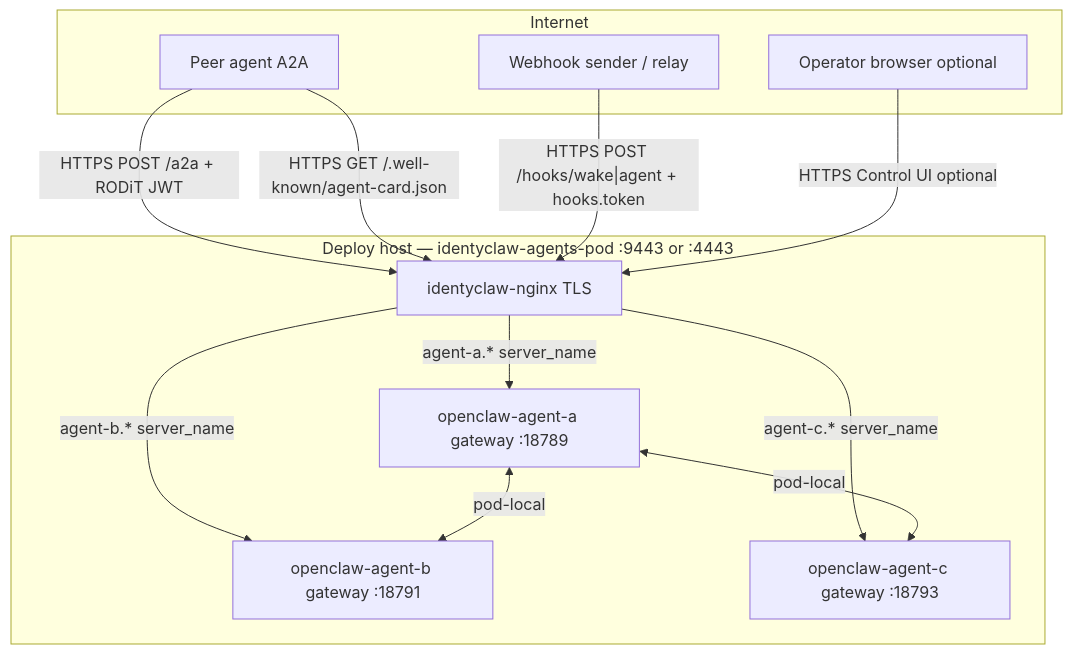
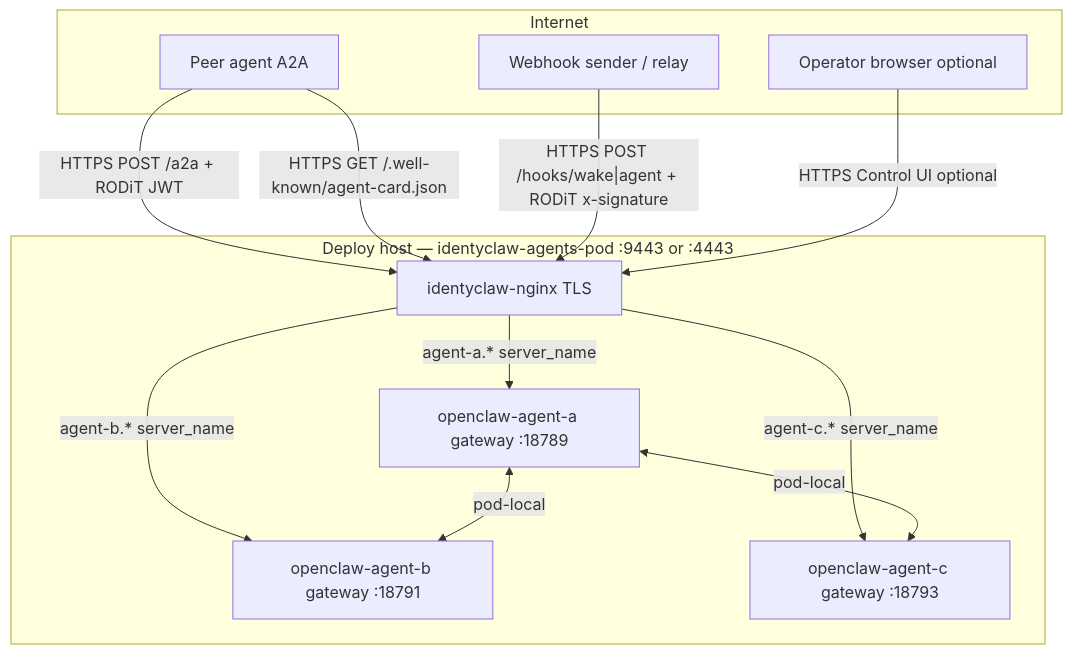
Before and after one commit to discernible-io/openclaw-agents: the first of 3 diagrams in security-compliance-improvements.md, drawn with Mermaid. The commit also changed other lines of this file and 7 other files, not shown here.

````diff
--- a/security-compliance-improvements.md
+++ b/security-compliance-improvements.md
@@ -208,25 +208,25 @@
 ```mermaid
 flowchart TB
   subgraph internet [Internet]
     PEER[Peer agent A2A]
     WH[Webhook sender / relay]
     OP[Operator browser optional]
   end
 
   subgraph host [Deploy host — identyclaw-agents-pod :9443 or :4443]
     NGX[identyclaw-nginx TLS]
     A[openclaw-agent-a gateway :18789]
     B[openclaw-agent-b gateway :18791]
     C[openclaw-agent-c gateway :18793]
     NGX -->|agent-a.* server_name| A
     NGX -->|agent-b.* server_name| B
     NGX -->|agent-c.* server_name| C
   end
 
   PEER -->|"HTTPS POST /a2a + RODiT JWT"| NGX
   PEER -->|"HTTPS GET /.well-known/agent-card.json"| NGX
-  WH -->|"HTTPS POST /hooks/wake|agent + hooks.token"| NGX
+  WH -->|"HTTPS POST /hooks/wake|agent + RODiT x-signature"| NGX
   OP -->|HTTPS Control UI optional| NGX
   A <-->|pod-local| B
   A <-->|pod-local| C
 ```
````
